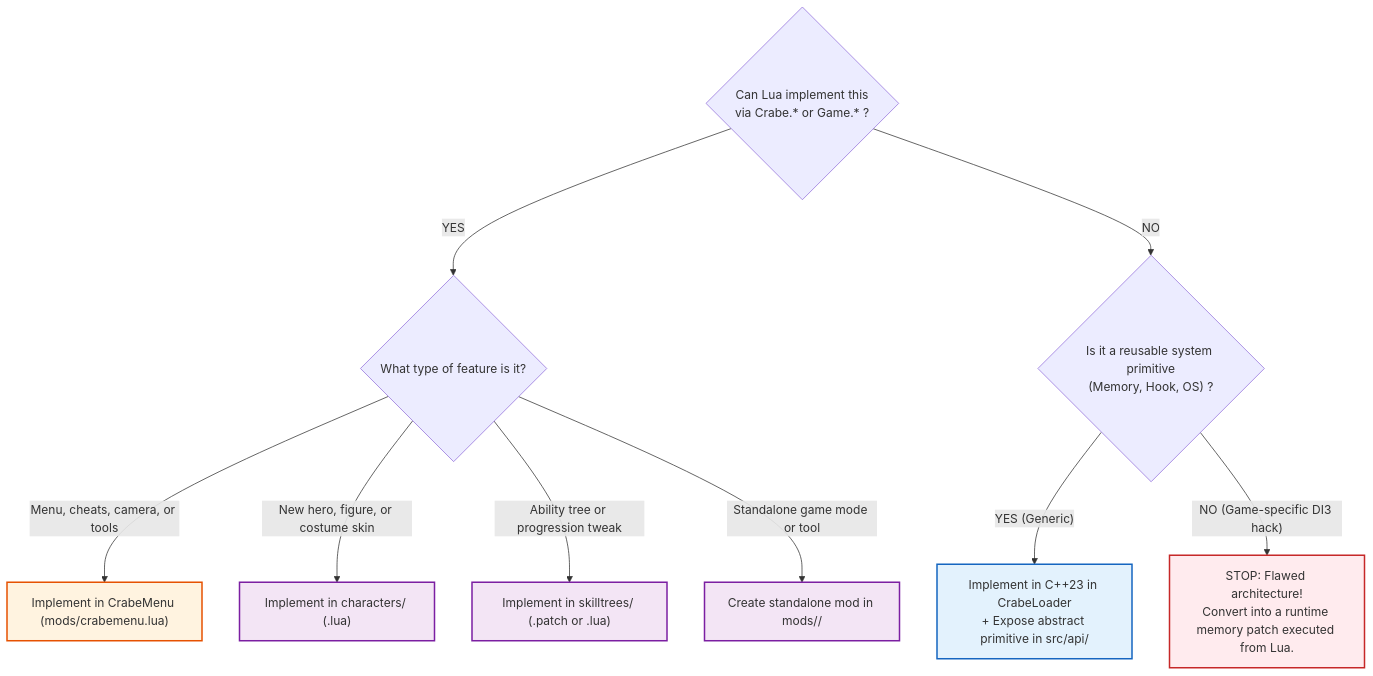
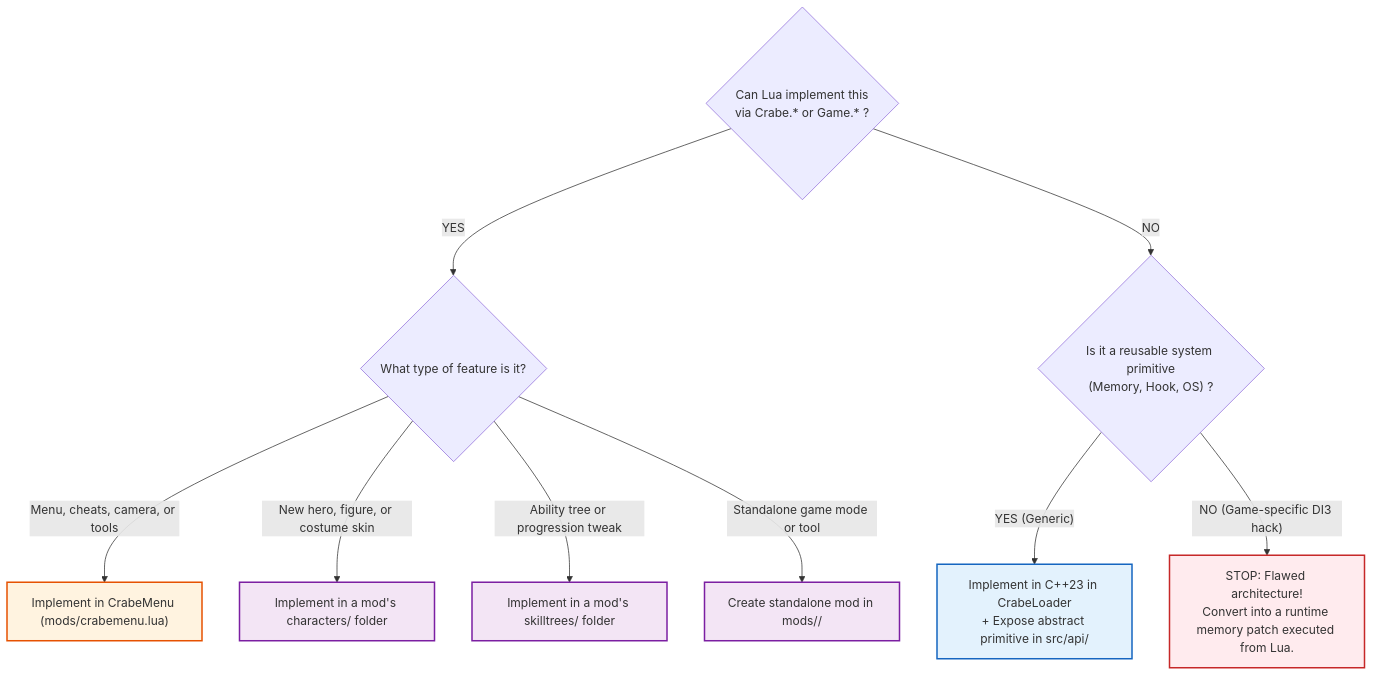
The second of 2 diagrams in docs/ARCHITECTURE_BLUEPRINT.md (LucasLhomme/CrabeLoader), drawn with Mermaid before and after one commit. The commit also changed other lines of this file and 4 other files, not shown here.

Commit message:
docs: encapsulate all characters and skilltrees strictly inside mods directory

````diff
--- a/docs/ARCHITECTURE_BLUEPRINT.md
+++ b/docs/ARCHITECTURE_BLUEPRINT.md
@@ -130,22 +130,22 @@
 ```mermaid
 flowchart TD
     Q1{"Can Lua implement this<br/>via Crabe.* or Game.* ?"}
     
     Q1 -->|"YES"| Q2{"What type of feature is it?"}
     Q1 -->|"NO"| Q3{"Is it a reusable system primitive<br/>(Memory, Hook, OS) ?"}
 
     Q2 -->|"Menu, cheats, camera, or tools"| DEST_CRABEMENU["Implement in CrabeMenu (mods/crabemenu.lua)"]
-    Q2 -->|"New hero, figure, or costume skin"| DEST_CHAR["Implement in characters/ (.lua)"]
-    Q2 -->|"Ability tree or progression tweak"| DEST_SKILL["Implement in skilltrees/ (.patch or .lua)"]
+    Q2 -->|"New hero, figure, or costume skin"| DEST_CHAR["Implement in a mod's characters/ folder"]
+    Q2 -->|"Ability tree or progression tweak"| DEST_SKILL["Implement in a mod's skilltrees/ folder"]
     Q2 -->|"Standalone game mode or tool"| DEST_MOD["Create standalone mod in mods/<mod_name>/"]
 
     Q3 -->|"YES (Generic)"| DEST_CPP["Implement in C++23 in CrabeLoader<br/>+ Expose abstract primitive in src/api/"]
     Q3 -->|"NO (Game-specific DI3 hack)"| STOP["STOP: Flawed architecture!<br/>Convert into a runtime memory patch executed from Lua."]
 
     style DEST_CRABEMENU fill:#fff3e0,stroke:#e65100,stroke-width:2px;
     style DEST_CHAR fill:#f3e5f5,stroke:#7b1fa2,stroke-width:2px;
     style DEST_SKILL fill:#f3e5f5,stroke:#7b1fa2,stroke-width:2px;
     style DEST_MOD fill:#f3e5f5,stroke:#7b1fa2,stroke-width:2px;
     style DEST_CPP fill:#e3f2fd,stroke:#1565c0,stroke-width:2px;
     style STOP fill:#ffebee,stroke:#c62828,stroke-width:2px;
 ```
````
